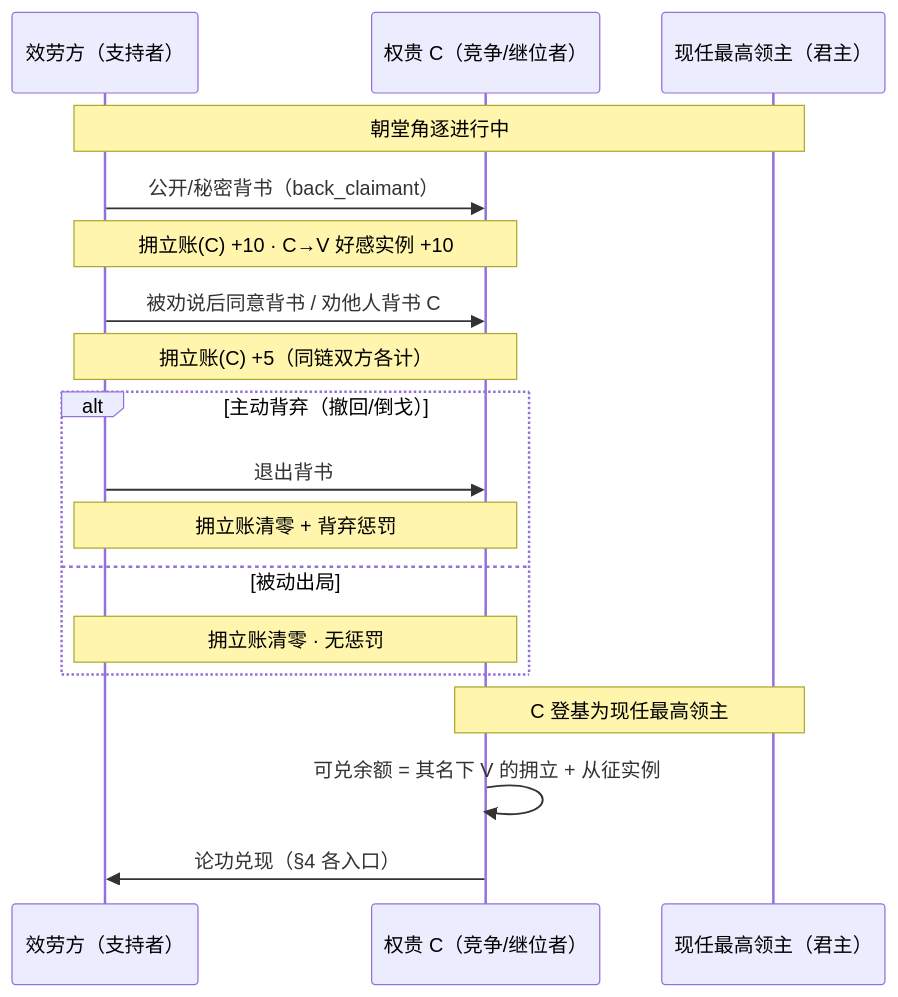
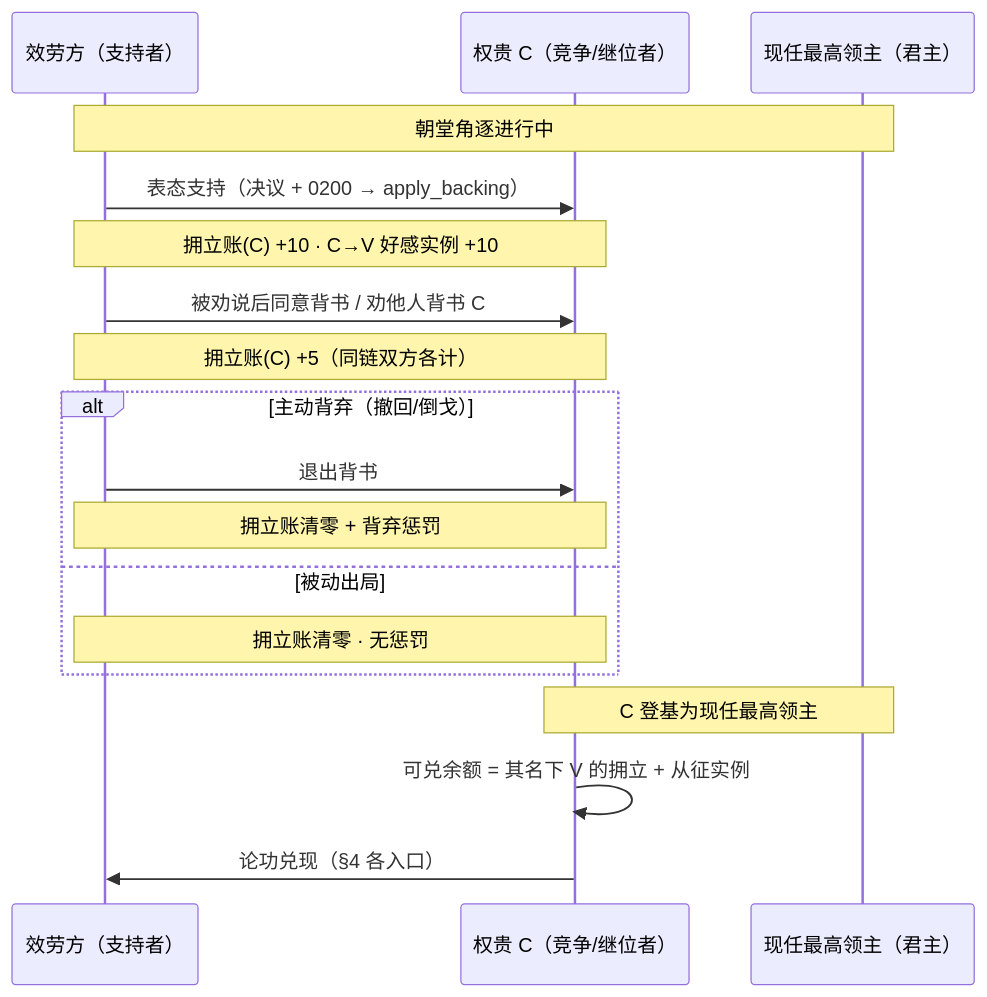
One commit to FeronCompany/ck3_for_the_realm changed the third of 4 diagrams in document/task_design/02-功勋系统设计.md. Above: the diagram before and after it, drawn with Mermaid. The commit also changed other lines of this file and 58 other files, not shown here.

````diff
--- a/document/task_design/02-功勋系统设计.md
+++ b/document/task_design/02-功勋系统设计.md
@@ -191,20 +192,20 @@
 ```mermaid
 sequenceDiagram
     participant V as 效劳方（支持者）
     participant C as 权贵 C（竞争/继位者）
     participant L as 现任最高领主（君主）
     Note over V,L: 朝堂角逐进行中
-    V->>C: 公开/秘密背书（back_claimant）
+    V->>C: 表态支持（决议 + 0200 → apply_backing）
     Note over V,C: 拥立账(C) +10 · C→V 好感实例 +10
     V->>C: 被劝说后同意背书 / 劝他人背书 C
     Note over V,C: 拥立账(C) +5（同链双方各计）
     alt 主动背弃（撤回/倒戈）
         V->>C: 退出背书
         Note over V,C: 拥立账清零 + 背弃惩罚
     else 被动出局
         Note over V,C: 拥立账清零 · 无惩罚
     end
     Note over C,L: C 登基为现任最高领主
     C->>C: 可兑余额 = 其名下 V 的拥立 + 从征实例
     C->>V: 论功兑现（§4 各入口）
 ```
````
